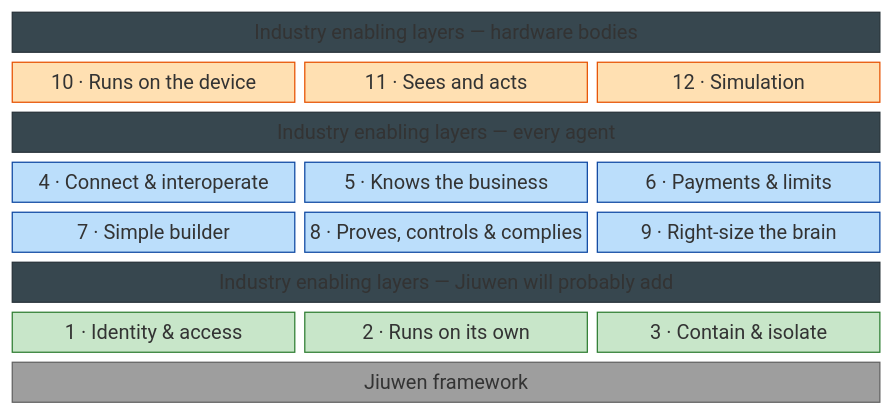
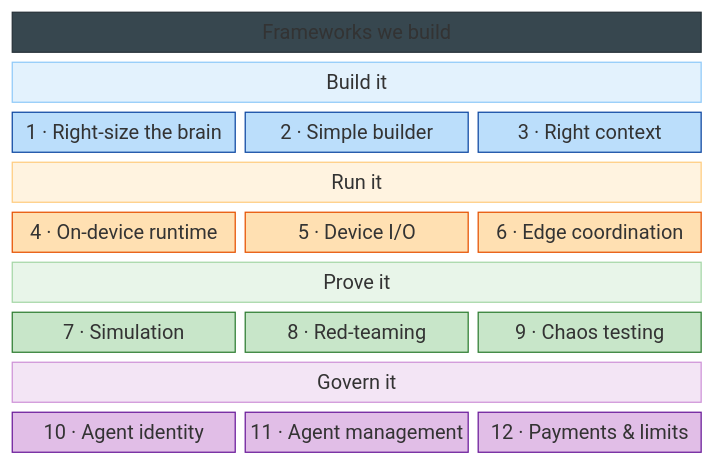
The fourth of 5 diagrams in docs-michael/agentic-stack-vertical.md (michaelatamuk/agentic-desk), drawn with Mermaid before and after one commit. The commit also changed other lines of this file, not shown here.

````diff
--- a/docs-michael/agentic-stack-vertical.md
+++ b/docs-michael/agentic-stack-vertical.md
@@ -80,36 +111,38 @@
 ```mermaid
 block-beta
   columns 3
-  H3["Industry enabling layers — hardware bodies"]:3
-  B10["10 · Runs on the device"]:1
-  B11["11 · Sees and acts"]:1
-  B12["12 · Simulation"]:1
-  H2["Industry enabling layers — every agent"]:3
-  A4["4 · Connect & interoperate"]:1
-  A5["5 · Knows the business"]:1
-  A6["6 · Payments & limits"]:1
-  A7["7 · Simple builder"]:1
-  A8["8 · Proves, controls & complies"]:1
-  A9["9 · Right-size the brain"]:1
-  H1["Industry enabling layers — Jiuwen will probably add"]:3
-  J1["1 · Identity & access"]:1
-  J2["2 · Runs on its own"]:1
-  J3["3 · Contain & isolate"]:1
-  HF["Jiuwen framework"]:3
-  style HF fill:#9e9e9e,color:#ffffff,stroke:#616161
+  H1["Frameworks we build"]:3
+  G1["Build it"]:3
+  F1["1 · Right-size the brain"]:1
+  F2["2 · Simple builder"]:1
+  F3["3 · Right context"]:1
+  G2["Run it"]:3
+  F4["4 · On-device runtime"]:1
+  F5["5 · Device I/O"]:1
+  F6["6 · Edge coordination"]:1
+  G3["Prove it"]:3
+  F7["7 · Simulation"]:1
+  F8["8 · Red-teaming"]:1
+  F9["9 · Chaos testing"]:1
+  G4["Govern it"]:3
+  F10["10 · Agent identity"]:1
+  F11["11 · Agent management"]:1
+  F12["12 · Payments & limits"]:1
   style H1 fill:#37474f,color:#ffffff,stroke:#263238
-  style H2 fill:#37474f,color:#ffffff,stroke:#263238
-  style H3 fill:#37474f,color:#ffffff,stroke:#263238
-  style J1 fill:#c8e6c9,stroke:#2e7d32,color:#000000
-  style J2 fill:#c8e6c9,stroke:#2e7d32,color:#000000
-  style J3 fill:#c8e6c9,stroke:#2e7d32,color:#000000
-  style A4 fill:#bbdefb,stroke:#0d47a1,color:#000000
-  style A5 fill:#bbdefb,stroke:#0d47a1,color:#000000
-  style A6 fill:#bbdefb,stroke:#0d47a1,color:#000000
-  style A7 fill:#bbdefb,stroke:#0d47a1,color:#000000
-  style A8 fill:#bbdefb,stroke:#0d47a1,color:#000000
-  style A9 fill:#bbdefb,stroke:#0d47a1,color:#000000
-  style B10 fill:#ffe0b2,stroke:#e65100,color:#000000
-  style B11 fill:#ffe0b2,stroke:#e65100,color:#000000
-  style B12 fill:#ffe0b2,stroke:#e65100,color:#000000
+  style G1 fill:#e3f2fd,color:#0d47a1,stroke:#90caf9
+  style G2 fill:#fff3e0,color:#e65100,stroke:#ffcc80
+  style G3 fill:#e8f5e9,color:#2e7d32,stroke:#a5d6a7
+  style G4 fill:#f3e5f5,color:#6a1b9a,stroke:#ce93d8
+  style F1 fill:#bbdefb,stroke:#0d47a1,color:#000000
+  style F2 fill:#bbdefb,stroke:#0d47a1,color:#000000
+  style F3 fill:#bbdefb,stroke:#0d47a1,color:#000000
+  style F4 fill:#ffe0b2,stroke:#e65100,color:#000000
+  style F5 fill:#ffe0b2,stroke:#e65100,color:#000000
+  style F6 fill:#ffe0b2,stroke:#e65100,color:#000000
+  style F7 fill:#c8e6c9,stroke:#2e7d32,color:#000000
+  style F8 fill:#c8e6c9,stroke:#2e7d32,color:#000000
+  style F9 fill:#c8e6c9,stroke:#2e7d32,color:#000000
+  style F10 fill:#e1bee7,stroke:#6a1b9a,color:#000000
+  style F11 fill:#e1bee7,stroke:#6a1b9a,color:#000000
+  style F12 fill:#e1bee7,stroke:#6a1b9a,color:#000000
 ```
````
